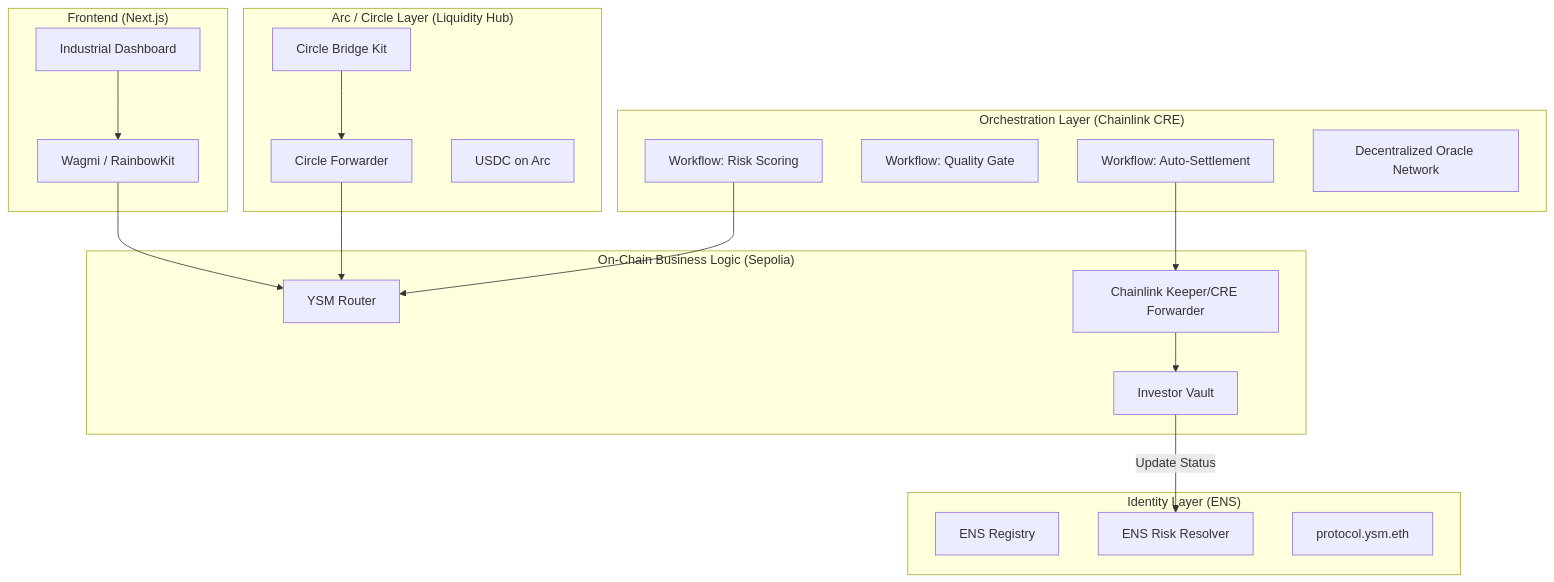
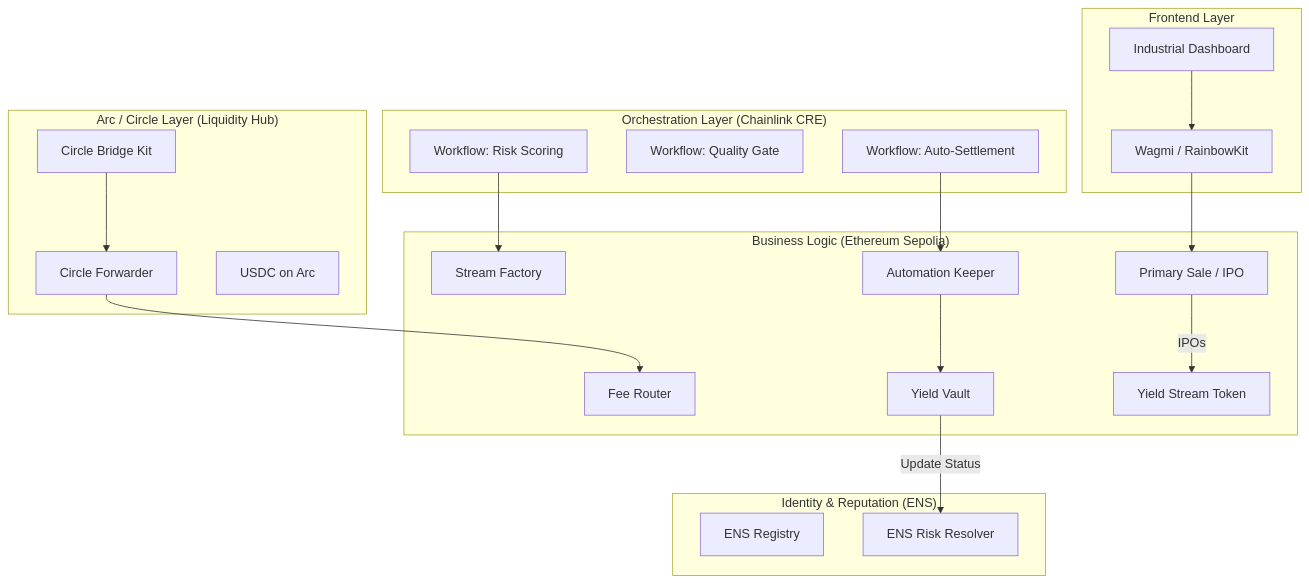
Before and after one commit to Mariussgal/ETH-GLOBAL-CANNES-2026: the first of 2 diagrams in README.md, drawn with Mermaid. The commit also changed other lines of this file, not shown here.

````diff
--- a/README.md
+++ b/README.md
@@ -31,41 +34,43 @@
 ```mermaid
 graph TB
-    subgraph "Frontend (Next.js)"
+    subgraph "Frontend Layer"
         UI[Industrial Dashboard]
         Wagmi[Wagmi / RainbowKit]
     end
 
     subgraph "Arc / Circle Layer (Liquidity Hub)"
         Bridge[Circle Bridge Kit]
         Forwarder[Circle Forwarder]
         ArcUSDC[USDC on Arc]
     end
 
     subgraph "Orchestration Layer (Chainlink CRE)"
         WF1[Workflow: Risk Scoring]
         WF2[Workflow: Quality Gate]
         WF3[Workflow: Auto-Settlement]
-        DON[Decentralized Oracle Network]
     end
 
-    subgraph "Identity Layer (ENS)"
+    subgraph "Business Logic (Ethereum Sepolia)"
+        Factory[Stream Factory]
+        Primary[Primary Sale / IPO]
+        Router[Fee Router]
+        Vault[Yield Vault]
+        YST[Yield Stream Token]
+        Keeper[Automation Keeper]
+    end
+
+    subgraph "Identity & Reputation (ENS)"
         Registry[ENS Registry]
         Resolver[ENS Risk Resolver]
-        Subname[protocol.ysm.eth]
-    end
-
-    subgraph "On-Chain Business Logic (Sepolia)"
-        Router[YSM Router]
-        Vault[Investor Vault]
-        Keeper[Chainlink Keeper/CRE Forwarder]
     end
 
     UI --> Wagmi
-    Wagmi --> Router
+    Wagmi --> Primary
     Bridge --> Forwarder
     Forwarder --> Router
-    WF1 --> Router
+    WF1 --> Factory
     WF3 --> Keeper
     Keeper --> Vault
     Vault -- "Update Status" --> Resolver
+    Primary -- "IPOs" --> YST
 ```
````
